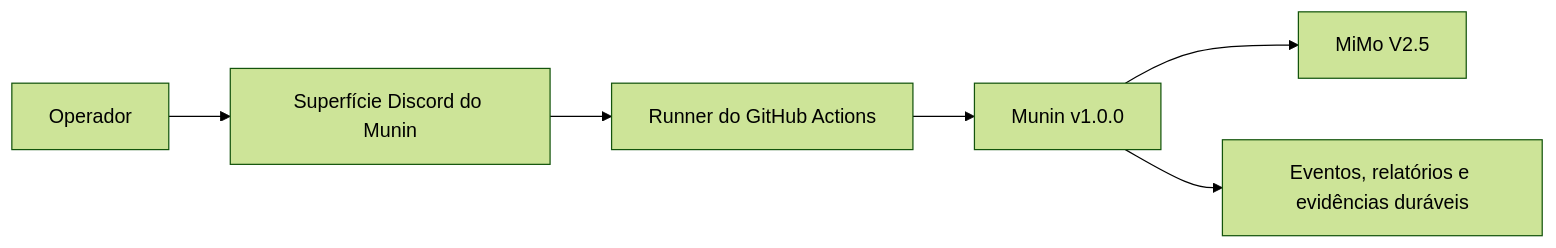
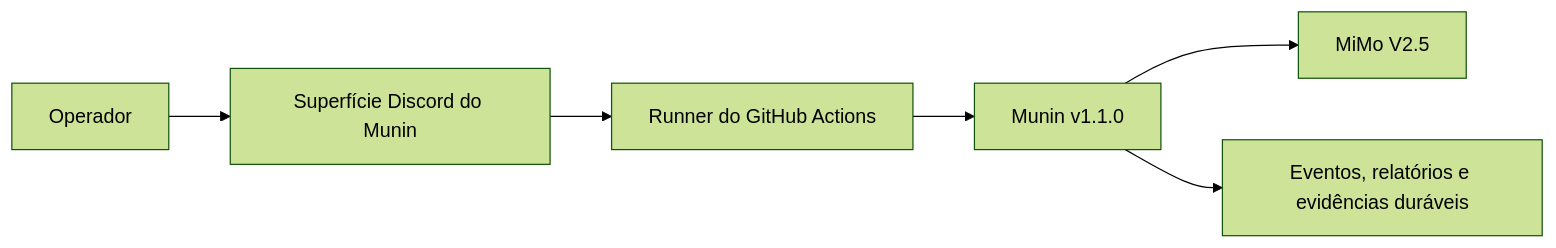
The first of 5 diagrams in README.pt-BR.md (PrinceOfPwn/Munin), drawn with Mermaid (forest theme) before and after one commit. The commit also changed other lines of this file and 14 other files, not shown here.

````diff
--- a/README.pt-BR.md
+++ b/README.pt-BR.md
@@ -51,8 +51,8 @@
 ```mermaid
 flowchart LR
     Operador --> Discord[Superfície Discord do Munin]
     Discord --> Actions[Runner do GitHub Actions]
-    Actions --> Runtime[Munin v1.0.0]
+    Actions --> Runtime[Munin v1.1.0]
     Runtime --> Modelo[MiMo V2.5]
     Runtime --> Evidencia[Eventos, relatórios e evidências duráveis]
 ```
````
